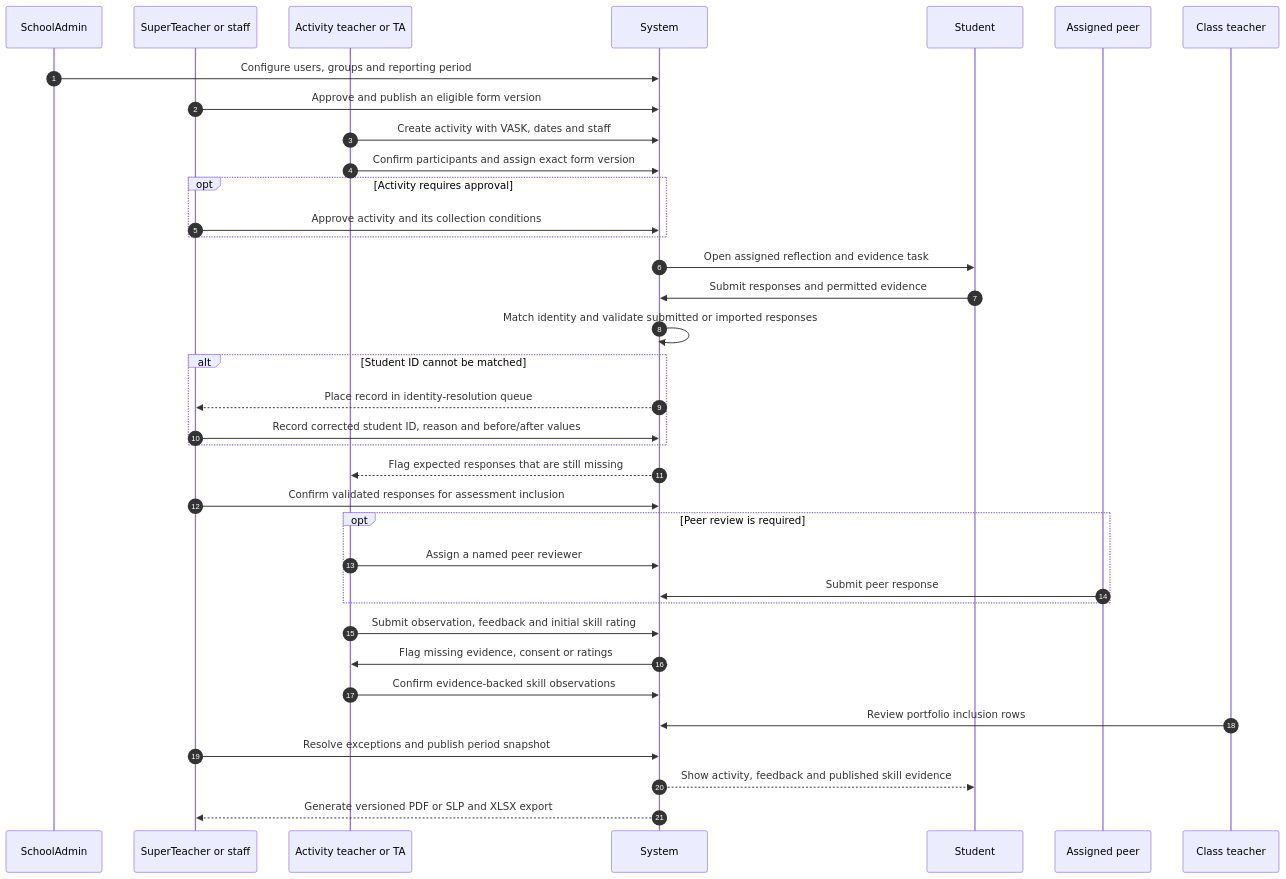
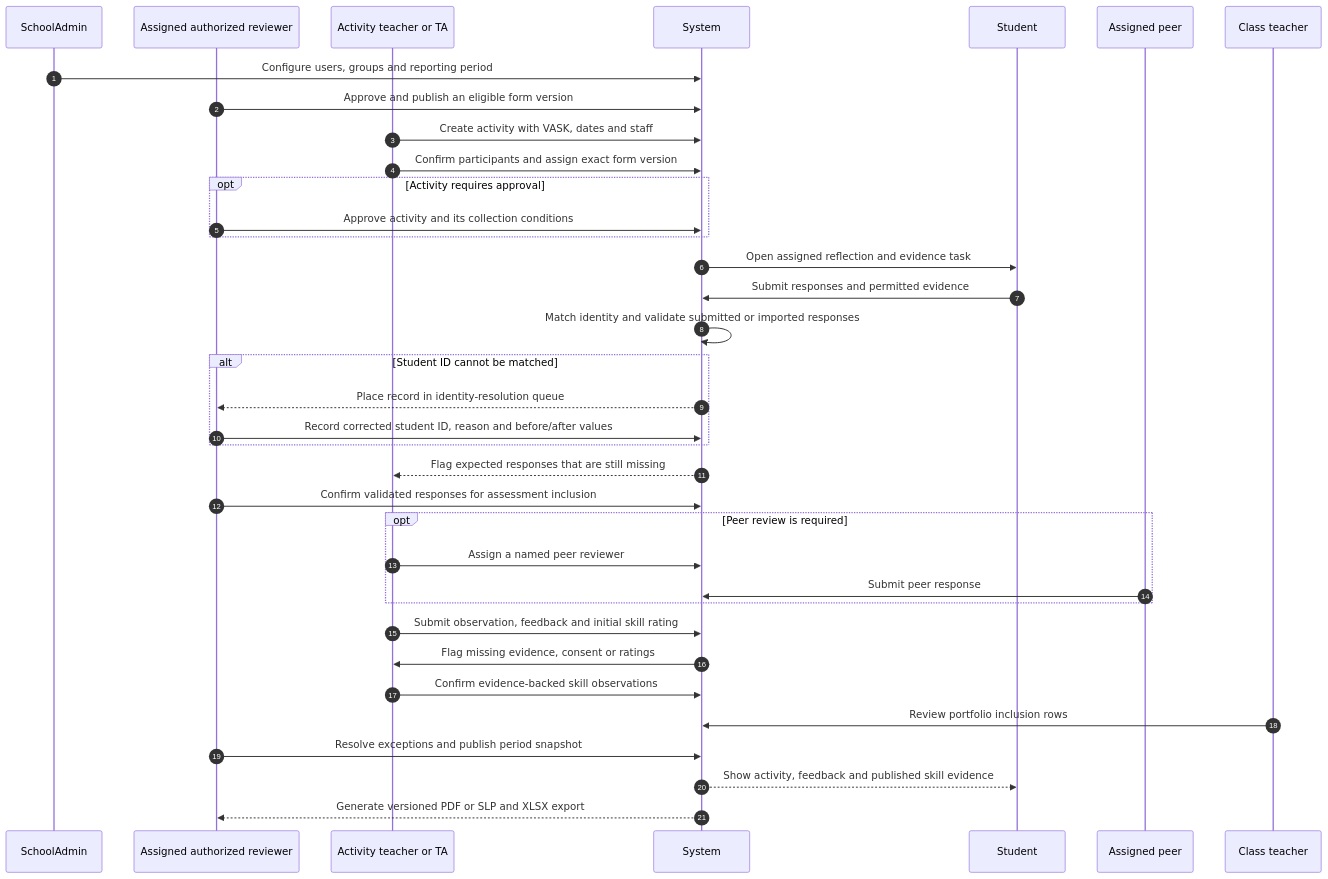
Before and after one commit to heison-octopus/testing-port: the fifth of 24 diagrams in output/English/Core data relationships.md, drawn with Mermaid. The commit also changed other lines of this file and 117 other files, not shown here.

````diff
--- a/output/English/Core data relationships.md
+++ b/output/English/Core data relationships.md
@@ -341,39 +363,39 @@
 ```mermaid
 sequenceDiagram
     autonumber
     participant Admin as SchoolAdmin
-    participant Staff as SuperTeacher or staff
+    participant Staff as Assigned authorized reviewer
     participant Teacher as Activity teacher or TA
     participant System
     participant Student
     participant Peer as Assigned peer
     participant Class as Class teacher
 
     Admin->>System: Configure users, groups and reporting period
     Staff->>System: Approve and publish an eligible form version
     Teacher->>System: Create activity with VASK, dates and staff
     Teacher->>System: Confirm participants and assign exact form version
     opt Activity requires approval
         Staff->>System: Approve activity and its collection conditions
     end
     System->>Student: Open assigned reflection and evidence task
     Student->>System: Submit responses and permitted evidence
     System->>System: Match identity and validate submitted or imported responses
     alt Student ID cannot be matched
         System-->>Staff: Place record in identity-resolution queue
         Staff->>System: Record corrected student ID, reason and before/after values
     end
     System-->>Teacher: Flag expected responses that are still missing
     Staff->>System: Confirm validated responses for assessment inclusion
     opt Peer review is required
         Teacher->>System: Assign a named peer reviewer
         Peer->>System: Submit peer response
     end
     Teacher->>System: Submit observation, feedback and initial skill rating
     System->>Teacher: Flag missing evidence, consent or ratings
     Teacher->>System: Confirm evidence-backed skill observations
     Class->>System: Review portfolio inclusion rows
     Staff->>System: Resolve exceptions and publish period snapshot
     System-->>Student: Show activity, feedback and published skill evidence
     System-->>Staff: Generate versioned PDF or SLP and XLSX export
 ```
````
